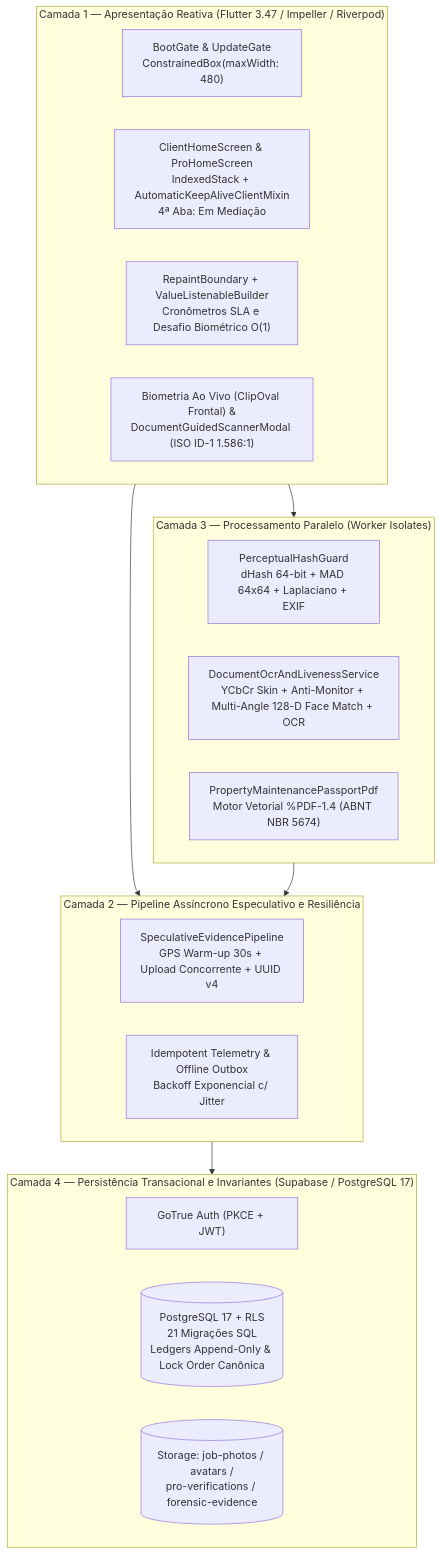
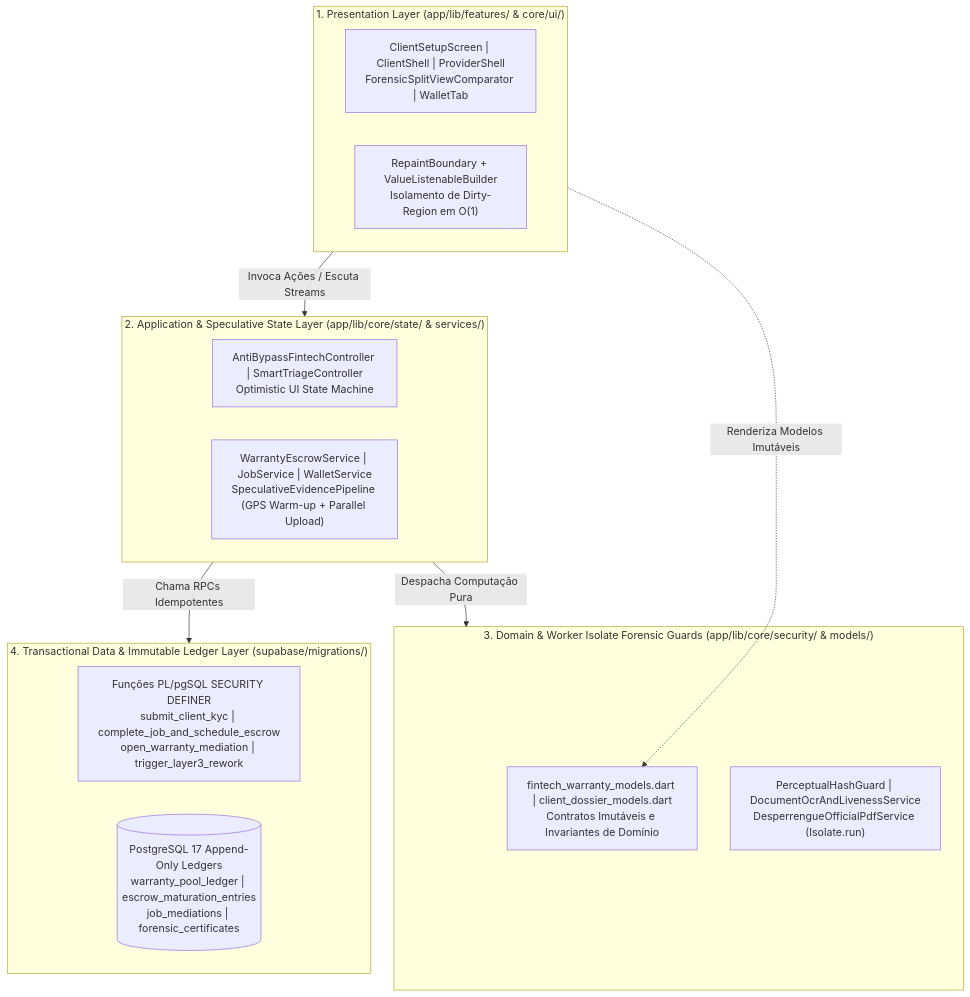
Before and after one commit to WagnerxOliveira/DesperrengueApp_TAI3: the first of 3 diagrams in docs/ARCHITECTURE.md, drawn with Mermaid. The commit also changed other lines of this file and 28 other files, not shown here.

Commit message:
docs(scientific-overhaul): tratado normativo IEEE/ACM/ABNT, diagramas vetoriais Mermaid.js, graficos matematicos e blueprints Unicode em todos os 29 arquivos Markdown

````diff
--- a/docs/ARCHITECTURE.md
+++ b/docs/ARCHITECTURE.md
@@ -13,31 +13,27 @@
 ```mermaid
 flowchart TB
-    subgraph L1["Camada 1 — Apresentação Reativa (Flutter 3.47 / Impeller / Riverpod)"]
-        Boot["BootGate & UpdateGate\nConstrainedBox(maxWidth: 480)"]
-        Shells["ClientHomeScreen & ProHomeScreen\nIndexedStack + AutomaticKeepAliveClientMixin\n4ª Aba: Em Mediação"]
-        Repaint["RepaintBoundary + ValueListenableBuilder\nCronômetros SLA e Desafio Biométrico O(1)"]
-        Modals["Biometria Ao Vivo (ClipOval Frontal) &\nDocumentGuidedScannerModal (ISO ID-1 1.586:1)"]
+    subgraph L1["1. Presentation Layer (app/lib/features/ & core/ui/)"]
+        Screens["ClientSetupScreen | ClientShell | ProviderShell\nForensicSplitViewComparator | WalletTab"]
+        Boundary["RepaintBoundary + ValueListenableBuilder\nIsolamento de Dirty-Region em O(1)"]
     end
 
-    subgraph L2["Camada 2 — Pipeline Assíncrono Especulativo e Resiliência"]
-        Spec["SpeculativeEvidencePipeline\nGPS Warm-up 30s + Upload Concorrente + UUID v4"]
-        Outbox["Idempotent Telemetry & Offline Outbox\nBackoff Exponencial c/ Jitter"]
+    subgraph L2["2. Application & Speculative State Layer (app/lib/core/state/ & services/)"]
+        Controllers["AntiBypassFintechController | SmartTriageController\nOptimistic UI State Machine"]
+        Services["WarrantyEscrowService | JobService | WalletService\nSpeculativeEvidencePipeline (GPS Warm-up + Parallel Upload)"]
     end
 
-    subgraph L3["Camada 3 — Processamento Paralelo (Worker Isolates)"]
-        PHash["PerceptualHashGuard\ndHash 64-bit + MAD 64x64 + Laplaciano + EXIF"]
-        BioCV["DocumentOcrAndLivenessService\nYCbCr Skin + Anti-Monitor + Multi-Angle 128-D Face Match + OCR"]
-        PDF["PropertyMaintenancePassportPdf\nMotor Vetorial %PDF-1.4 (ABNT NBR 5674)"]
+    subgraph L3["3. Domain & Worker Isolate Forensic Guards (app/lib/core/security/ & models/)"]
+        Models["fintech_warranty_models.dart | client_dossier_models.dart\nContratos Imutáveis e Invariantes de Domínio"]
+        Isolates["PerceptualHashGuard | DocumentOcrAndLivenessService\nDesperrengueOfficialPdfService (Isolate.run)"]
     end
 
-    subgraph L4["Camada 4 — Persistência Transacional e Invariantes (Supabase / PostgreSQL 17)"]
-        Auth["GoTrue Auth (PKCE + JWT)"]
-        DB[("PostgreSQL 17 + RLS\n21 Migrações SQL\nLedgers Append-Only & Lock Order Canônica")]
-        Storage[("Storage: job-photos / avatars /\npro-verifications / forensic-evidence")]
+    subgraph L4["4. Transactional Data & Immutable Ledger Layer (supabase/migrations/)"]
+        RPCs["Funções PL/pgSQL SECURITY DEFINER\nsubmit_client_kyc | complete_job_and_schedule_escrow\nopen_warranty_mediation | trigger_layer3_rework"]
+        Ledgers[("PostgreSQL 17 Append-Only Ledgers\nwarranty_pool_ledger | escrow_maturation_entries\njob_mediations | forensic_certificates")]
     end
 
-    L1 --> L2
-    L1 --> L3
-    L2 --> L4
-    L3 --> L2
+    L1 -->|"Invoca Ações / Escuta Streams"| L2
+    L2 -->|"Despacha Computação Pura"| L3
+    L2 -->|"Chama RPCs Idempotentes"| L4
+    L1 -.->|"Renderiza Modelos Imutáveis"| Models
 ```
````
